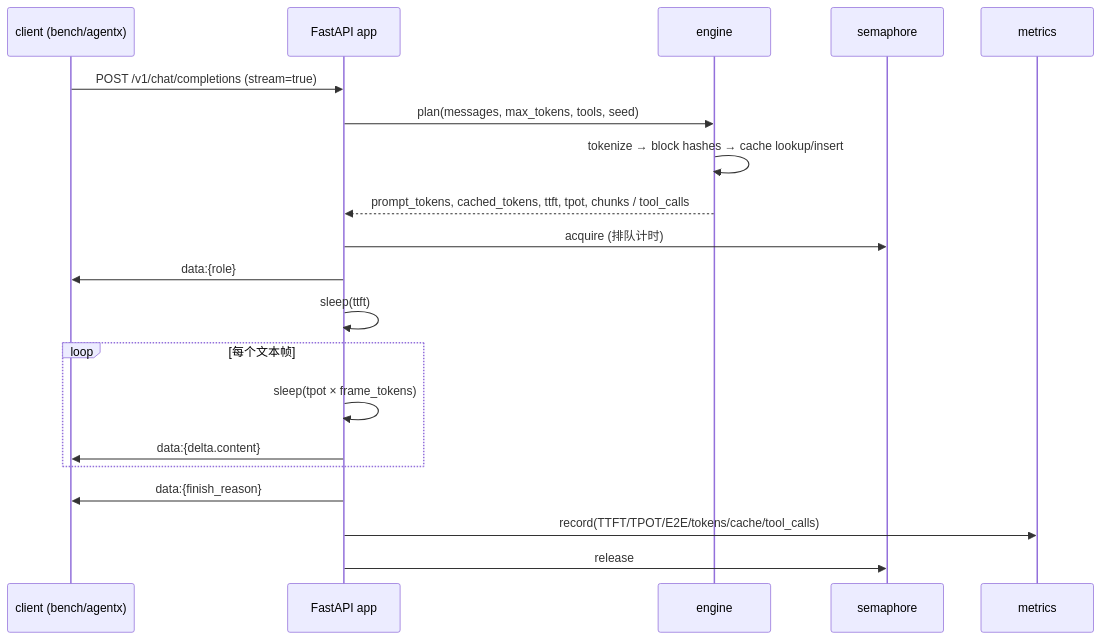
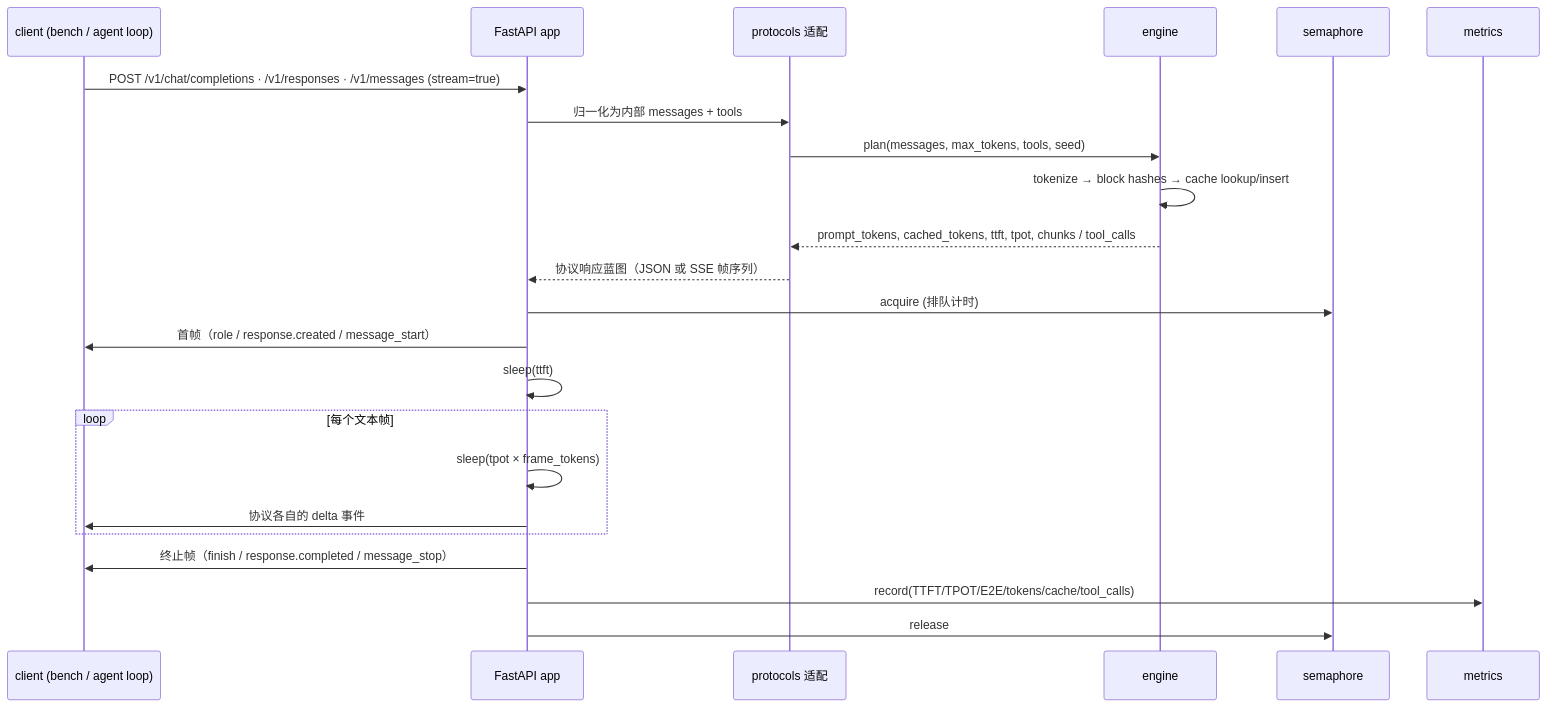
One commit to Potterluo/GPT-Zero changed the diagram in docs/ARCHITECTURE.md. Above: the diagram before and after it, drawn with Mermaid. The commit also changed other lines of this file and 406 other files, not shown here.

````diff
--- a/docs/ARCHITECTURE.md
+++ b/docs/ARCHITECTURE.md
@@ -36,23 +40,26 @@
 ```mermaid
 sequenceDiagram
-    participant C as client (bench/agentx)
+    participant C as client (bench / agent loop)
     participant A as FastAPI app
+    participant P as protocols 适配
     participant E as engine
     participant S as semaphore
     participant M as metrics
 
-    C->>A: POST /v1/chat/completions (stream=true)
-    A->>E: plan(messages, max_tokens, tools, seed)
+    C->>A: POST /v1/chat/completions · /v1/responses · /v1/messages (stream=true)
+    A->>P: 归一化为内部 messages + tools
+    P->>E: plan(messages, max_tokens, tools, seed)
     E->>E: tokenize → block hashes → cache lookup/insert
-    E-->>A: prompt_tokens, cached_tokens, ttft, tpot, chunks / tool_calls
+    E-->>P: prompt_tokens, cached_tokens, ttft, tpot, chunks / tool_calls
+    P-->>A: 协议响应蓝图（JSON 或 SSE 帧序列）
     A->>S: acquire (排队计时)
-    A->>C: data:{role}
+    A->>C: 首帧（role / response.created / message_start）
     A->>A: sleep(ttft)
     loop 每个文本帧
         A->>A: sleep(tpot × frame_tokens)
-        A->>C: data:{delta.content}
+        A->>C: 协议各自的 delta 事件
     end
-    A->>C: data:{finish_reason}
+    A->>C: 终止帧（finish / response.completed / message_stop）
     A->>M: record(TTFT/TPOT/E2E/tokens/cache/tool_calls)
     A->>S: release
 ```
````
